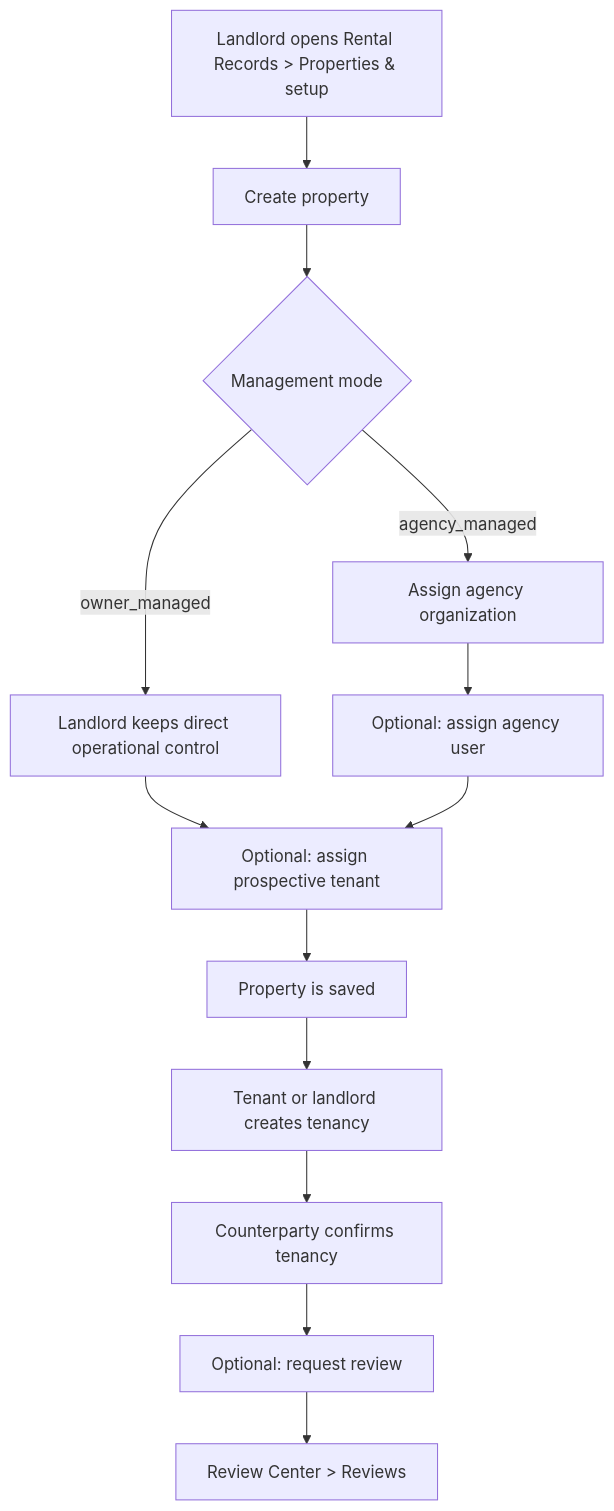
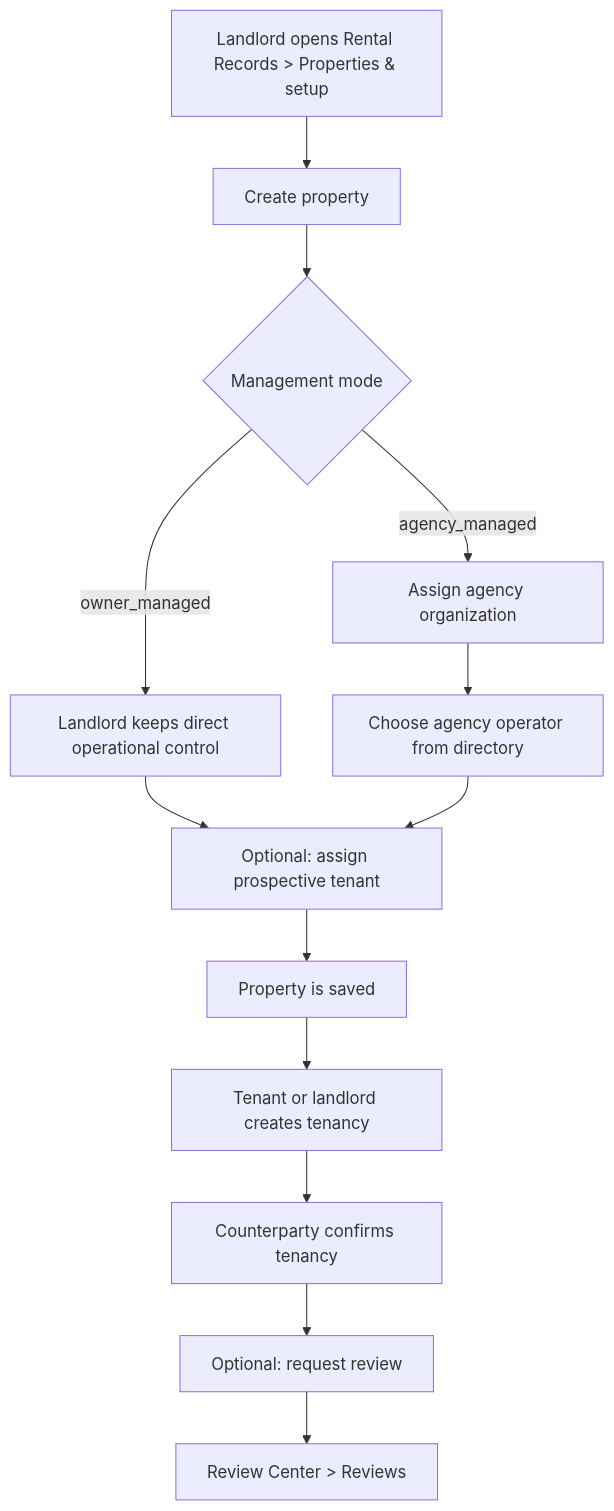
The second of 11 diagrams in docs/WORKFLOW_DIAGRAMS.md (vtmarkop/real_estate_trust_ledger), drawn with Mermaid before and after one commit. The commit also changed other lines of this file and 77 other files, not shown here.

````diff
--- a/docs/WORKFLOW_DIAGRAMS.md
+++ b/docs/WORKFLOW_DIAGRAMS.md
@@ -55,15 +61,15 @@
 ```mermaid
 flowchart TD
     A["Landlord opens Rental Records > Properties & setup"] --> B["Create property"]
     B --> C{"Management mode"}
     C -->|"owner_managed"| D["Landlord keeps direct operational control"]
     C -->|"agency_managed"| E["Assign agency organization"]
-    E --> F["Optional: assign agency user"]
+    E --> F["Choose agency operator from directory"]
     D --> G["Optional: assign prospective tenant"]
     F --> G
     G --> H["Property is saved"]
     H --> I["Tenant or landlord creates tenancy"]
     I --> J["Counterparty confirms tenancy"]
     J --> K["Optional: request review"]
     K --> L["Review Center > Reviews"]
 ```
````
